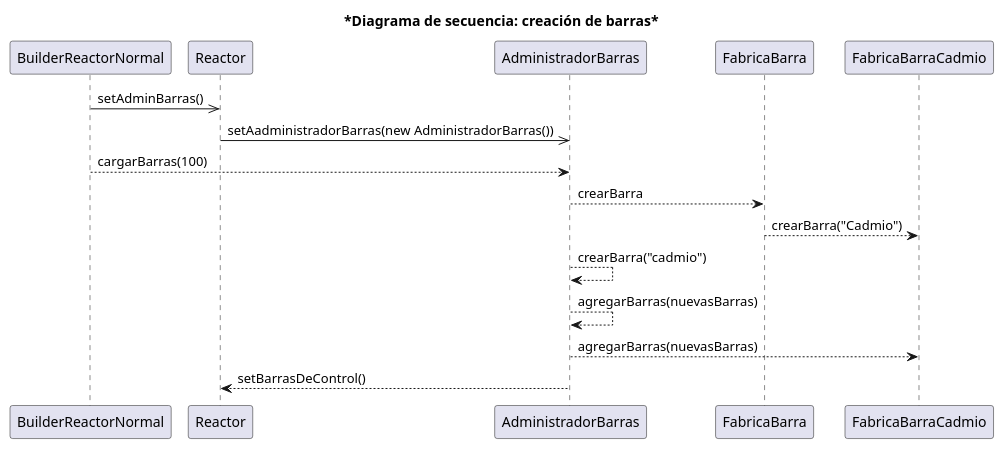
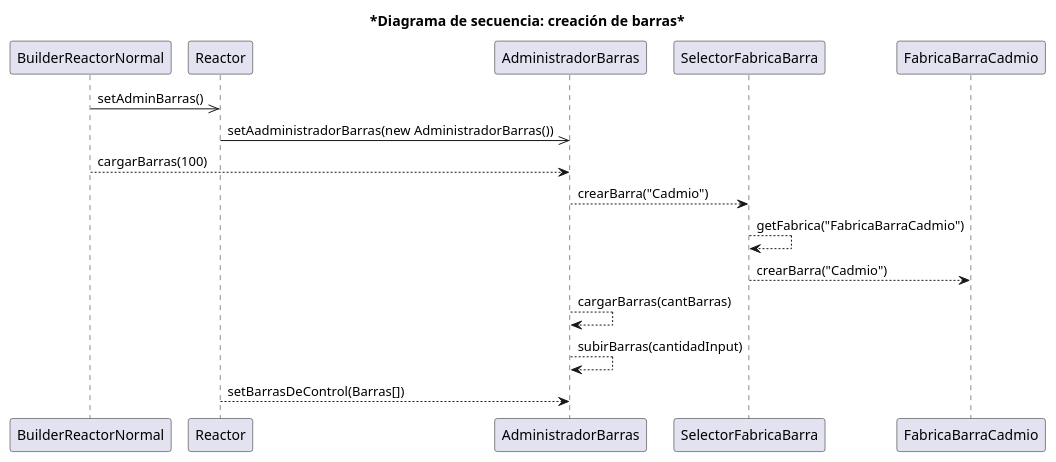
One commit to fmiguezo/reactor_nuclear changed the diagram in diagrams/Secuencia/secuenciaBarras.puml. Above: the diagram before and after it, drawn with PlantUML.

Commit message:
termine el diagrama de secuencia del seteo de las barras de control dentro del reactor

```diff
--- a/diagrams/Secuencia/secuenciaBarras.puml
+++ b/diagrams/Secuencia/secuenciaBarras.puml
@@ -1,19 +1,21 @@
 @startuml SecuenciaBarras
 
 title *Diagrama de secuencia: creación de barras*
 
    participant BuilderReactorNormal
     participant Reactor
     participant AdministradorBarras
 
     BuilderReactorNormal ->> Reactor: setAdminBarras()
     Reactor ->> AdministradorBarras: setAadministradorBarras(new AdministradorBarras())
     BuilderReactorNormal --> AdministradorBarras: cargarBarras(100)
-    AdministradorBarras --> FabricaBarra: crearBarra
-    FabricaBarra --> FabricaBarraCadmio: crearBarra("Cadmio")
-        AdministradorBarras --> AdministradorBarras: crearBarra("cadmio")
-        AdministradorBarras --> AdministradorBarras: agregarBarras(nuevasBarras)
-    AdministradorBarras --> FabricaBarraCadmio:agregarBarras(nuevasBarras)
-    AdministradorBarras --> Reactor: setBarrasDeControl()
+    AdministradorBarras --> SelectorFabricaBarra: crearBarra("Cadmio")
+    SelectorFabricaBarra --> SelectorFabricaBarra: getFabrica("FabricaBarraCadmio")
+
+    SelectorFabricaBarra --> FabricaBarraCadmio: crearBarra("Cadmio")
+
+    AdministradorBarras --> AdministradorBarras:cargarBarras(cantBarras)
+    AdministradorBarras --> AdministradorBarras:subirBarras(cantidadInput)
+    Reactor --> AdministradorBarras: setBarrasDeControl(Barras[])
 
 @enduml
```
